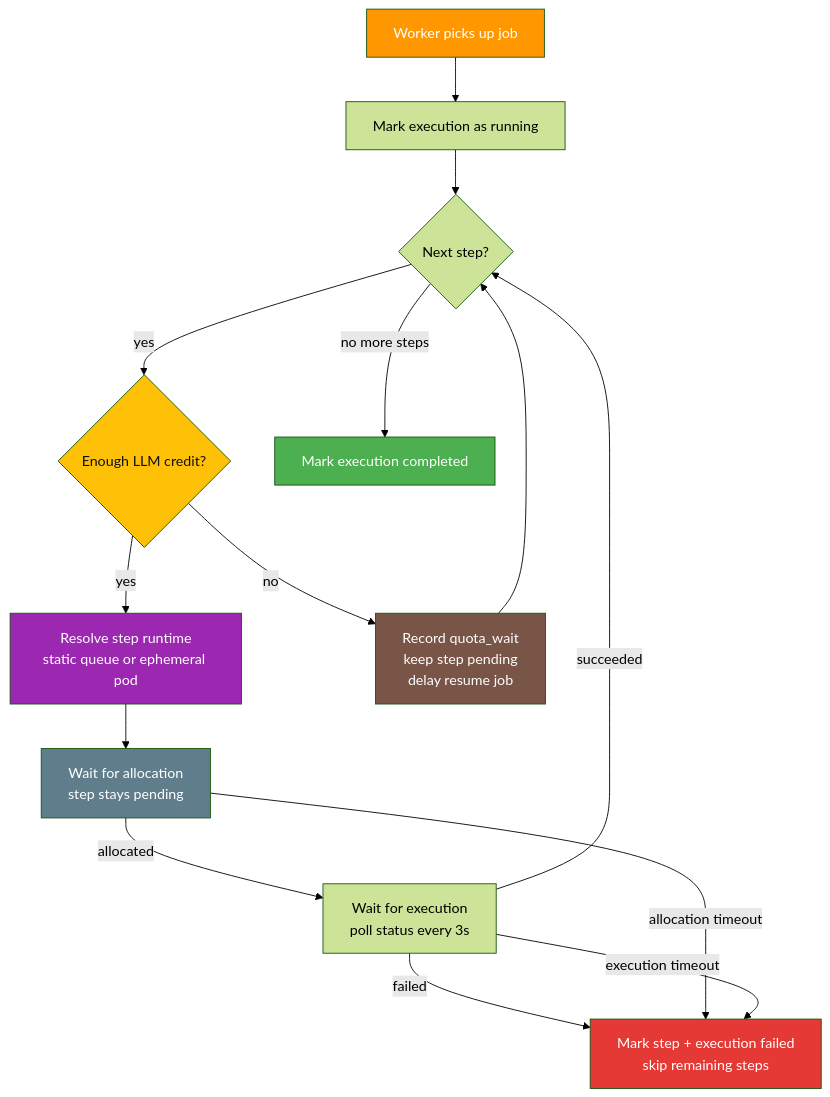
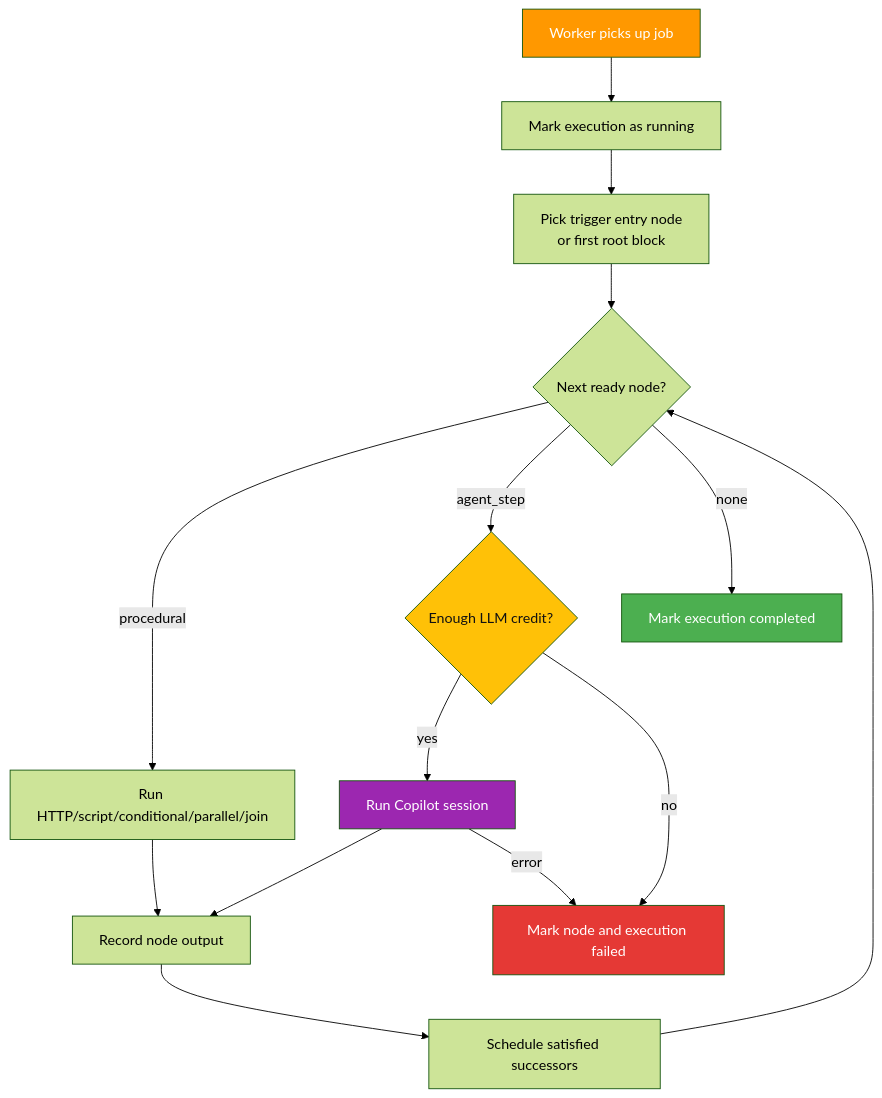
One commit to thfai2000/open-agent-orchestra changed the fifth of 7 diagrams in docs/concepts/workflow-engine.md. Above: the diagram before and after it, drawn with Mermaid (forest theme). The commit also changed other lines of this file and 53 other files, not shown here.

````diff
--- a/docs/concepts/workflow-engine.md
+++ b/docs/concepts/workflow-engine.md
@@ -215,24 +209,22 @@
 ```mermaid
 graph TB
     START[Worker picks up job] --> MARK[Mark execution as running]
-    MARK --> LOOP{Next step?}
-    LOOP -->|yes| QUOTA{Enough LLM credit?}
-    QUOTA -->|yes| DISPATCH[Resolve step runtime<br/>static queue or ephemeral pod]
-    QUOTA -->|no| HOLD[Record quota_wait<br/>keep step pending<br/>delay resume job]
-    HOLD --> LOOP
-    DISPATCH --> ALLOCATE[Wait for allocation<br/>step stays pending]
-    ALLOCATE -->|allocated| WAIT[Wait for execution<br/>poll status every 3s]
-    WAIT -->|succeeded| LOOP
-    WAIT -->|failed| FAIL[Mark step + execution failed<br/>skip remaining steps]
-    ALLOCATE -->|allocation timeout| FAIL
-    WAIT -->|execution timeout| FAIL
-    LOOP -->|no more steps| DONE[Mark execution completed]
+    MARK --> ENTRY[Pick trigger entry node<br/>or first root block]
+    ENTRY --> NODE{Next ready node?}
+    NODE -->|procedural| PROC[Run HTTP/script/conditional/parallel/join]
+    NODE -->|agent_step| QUOTA{Enough LLM credit?}
+    QUOTA -->|yes| DISPATCH[Run Copilot session]
+    QUOTA -->|no| FAIL[Mark node and execution failed]
+    PROC --> SUCCESS[Record node output]
+    DISPATCH --> SUCCESS
+    DISPATCH -->|error| FAIL
+    SUCCESS --> NEXT[Schedule satisfied successors]
+    NEXT --> NODE
+    NODE -->|none| DONE[Mark execution completed]
 
     style START fill:#FF9800,color:#fff
     style QUOTA fill:#FFC107,color:#111
-    style HOLD fill:#795548,color:#fff
     style DISPATCH fill:#9C27B0,color:#fff
-    style ALLOCATE fill:#607D8B,color:#fff
     style DONE fill:#4CAF50,color:#fff
     style FAIL fill:#e53935,color:#fff
 ```
````
